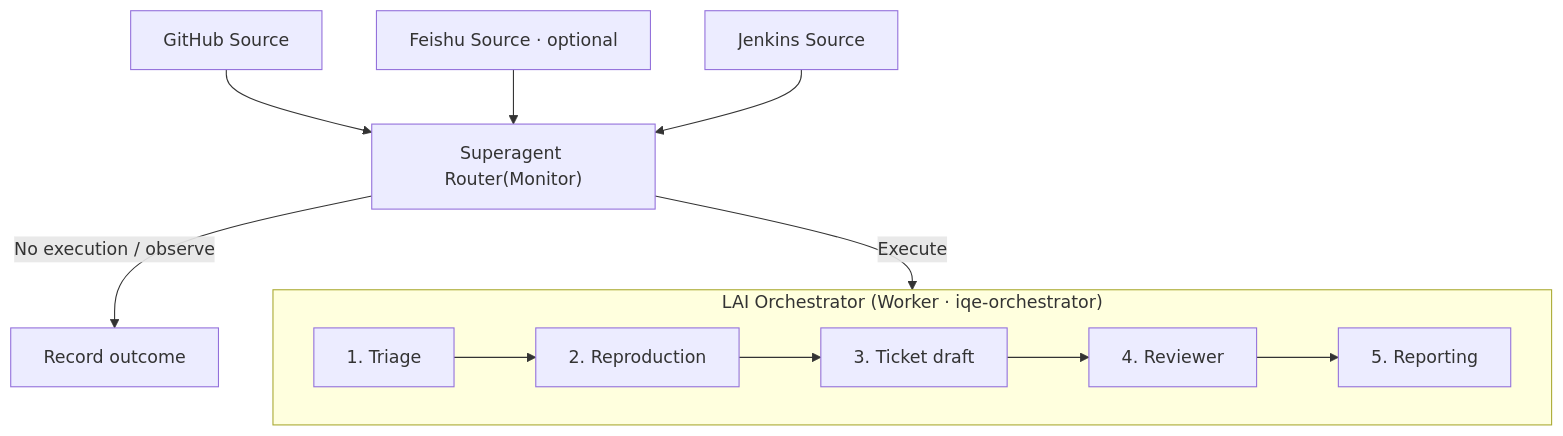
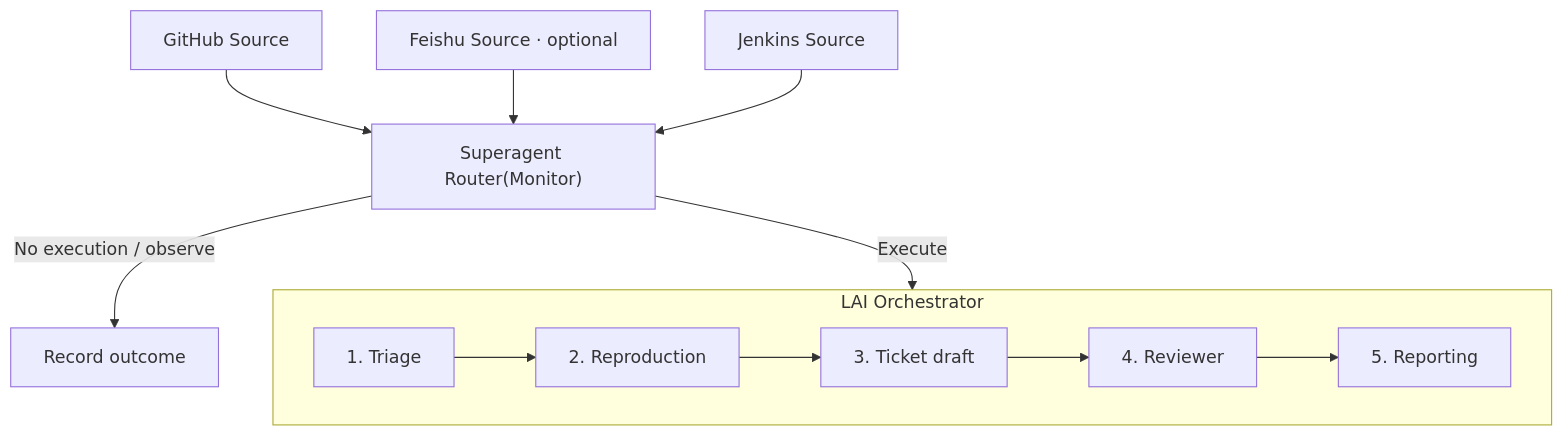
Before and after one commit to devsuperjin/LAI-Trial: the diagram in README.md, drawn with Mermaid. The commit also changed other lines of this file and 19 other files, not shown here.

````diff
--- a/README.md
+++ b/README.md
@@ -22,17 +22,17 @@
 ```mermaid
 flowchart TD
     GH["GitHub Source"]
     FS["Feishu Source · optional"]
     JK["Jenkins Source"]
     GH --> Router["Superagent Router(Monitor)"]
     FS --> Router
     JK --> Router
     Router -->|No execution / observe| Record["Record outcome"]
     Router -->|Execute| Orchestrator
-    subgraph Orchestrator["LAI Orchestrator (Worker · iqe-orchestrator)"]
+    subgraph Orchestrator["LAI Orchestrator"]
         Triage["1. Triage"] --> Reproduce["2. Reproduction"]
         Reproduce --> Ticket["3. Ticket draft"]
         Ticket --> Review["4. Reviewer"]
         Review --> Reporter["5. Reporting"]
     end
 ```
````
